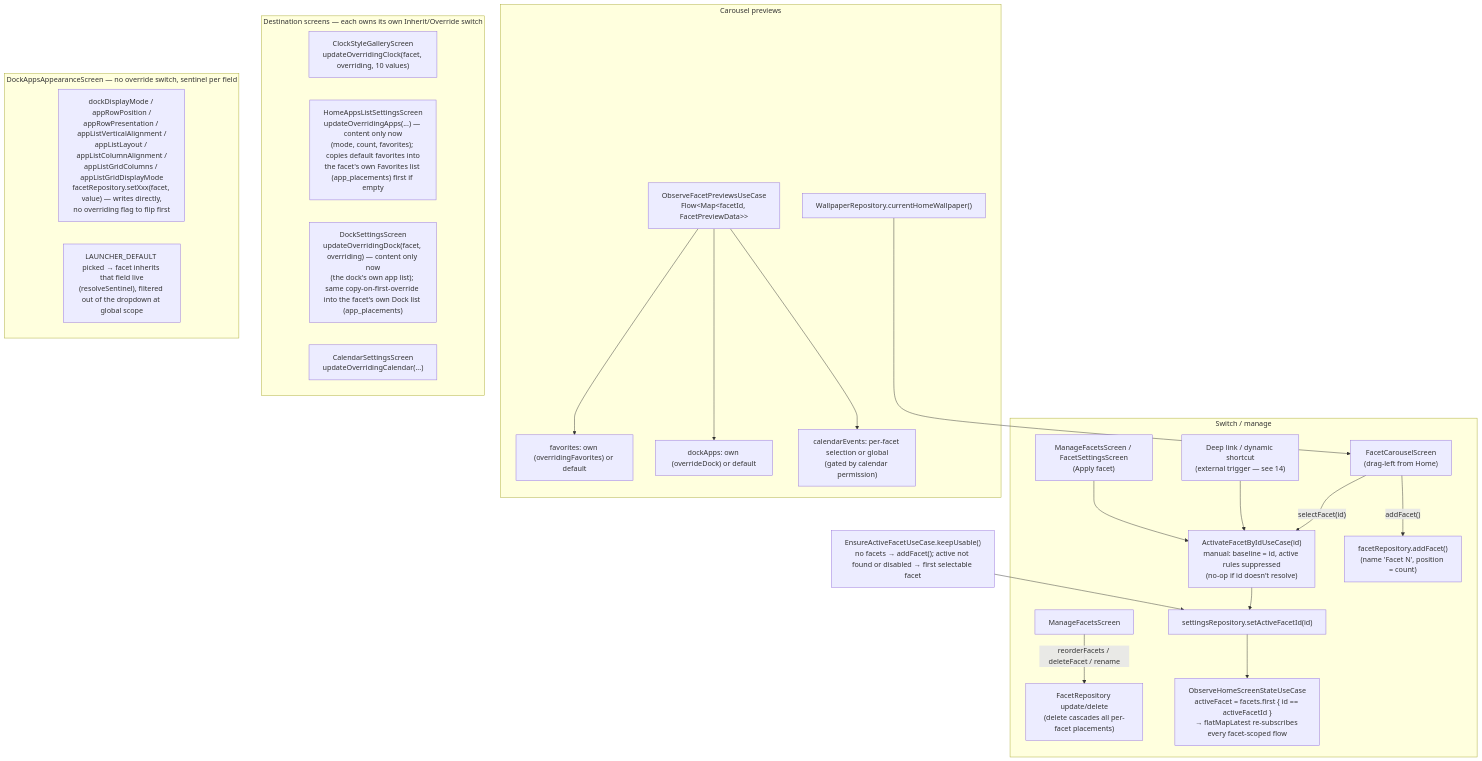
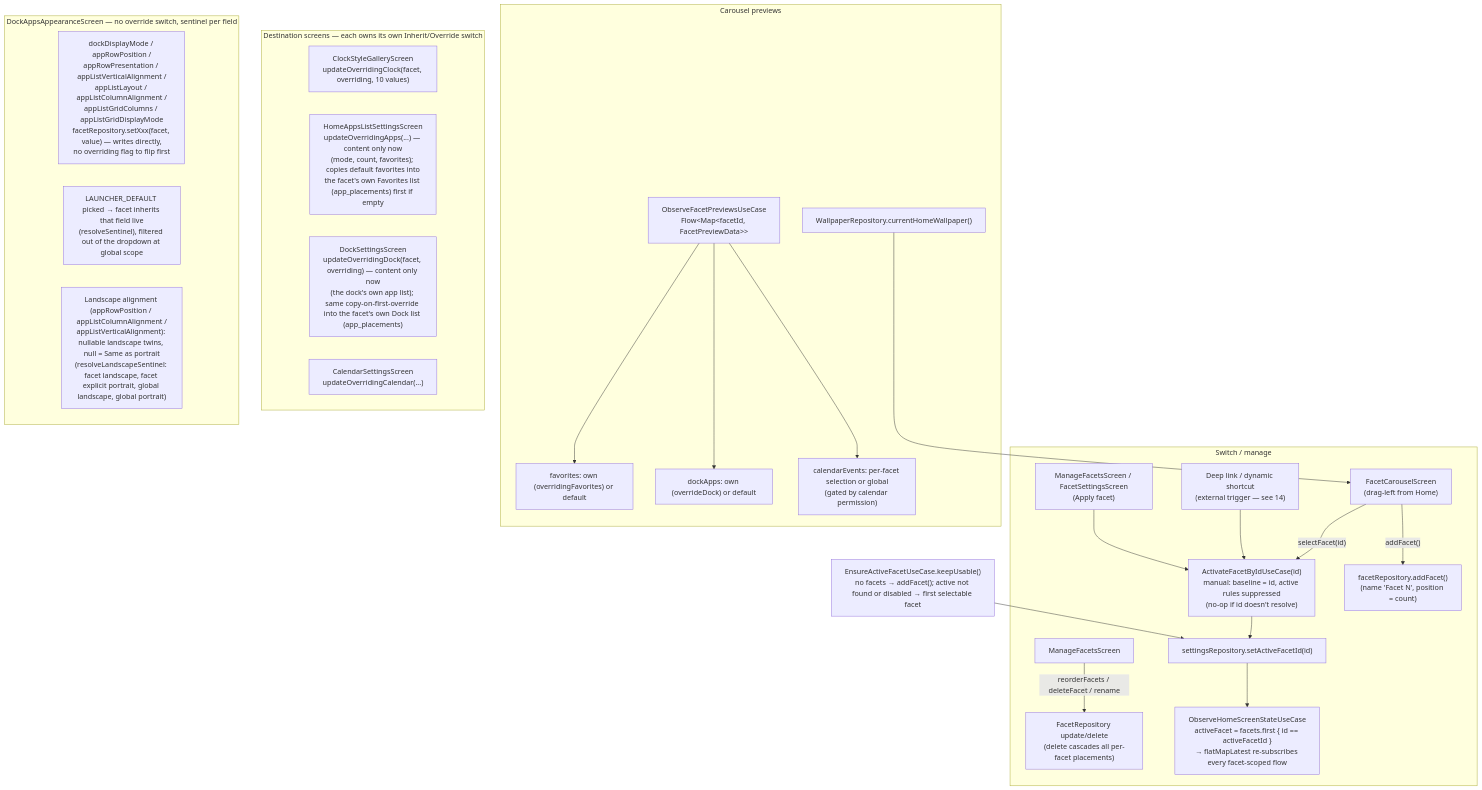
One commit to rohitganjam/facet-launcher changed the first of 5 diagrams in docs/architecture/13-flow-facets-theme-notifications-onboarding.md. Above: the diagram before and after it, drawn with Mermaid. The commit also changed other lines of this file and 27 other files, not shown here.

First line of the commit message:
Landscape keeps its own app list alignment

````diff
--- a/docs/architecture/13-flow-facets-theme-notifications-onboarding.md
+++ b/docs/architecture/13-flow-facets-theme-notifications-onboarding.md
@@ -11,30 +11,31 @@
 ```mermaid
 flowchart TB
     subgraph SWITCH["Switch / manage"]
         CAR["FacetCarouselScreen\n(drag-left from Home)"] -- "selectFacet(id)" --> UC["ActivateFacetByIdUseCase(id)\nmanual: baseline = id, active rules suppressed\n(no-op if id doesn't resolve)"]
         EXT["Deep link / dynamic shortcut\n(external trigger — see 14)"] --> UC
         MANA["ManageFacetsScreen / FacetSettingsScreen\n(Apply facet)"] --> UC
         UC --> S1["settingsRepository.setActiveFacetId(id)"]
         CAR -- "addFacet()" --> S2["facetRepository.addFacet()\n(name 'Facet N', position = count)"]
         MAN["ManageFacetsScreen"] -- "reorderFacets / deleteFacet / rename" --> S3["FacetRepository update/delete\n(delete cascades all per-facet placements)"]
         S1 --> HOME["ObserveHomeScreenStateUseCase\nactiveFacet = facets.first { id == activeFacetId }\n→ flatMapLatest re-subscribes every facet-scoped flow"]
     end
     subgraph PREVIEW["Carousel previews"]
         OFP["ObserveFacetPreviewsUseCase\nFlow&lt;Map&lt;facetId, FacetPreviewData&gt;&gt;"]
         OFP --> P1["favorites: own (overridingFavorites) or default"]
         OFP --> P2["dockApps: own (overrideDock) or default"]
         OFP --> P3["calendarEvents: per-facet selection or global\n(gated by calendar permission)"]
         WP["WallpaperRepository.currentHomeWallpaper()"] --> CAR
     end
     subgraph OVERRIDE["Destination screens — each owns its own Inherit/Override switch"]
         C1["ClockStyleGalleryScreen\nupdateOverridingClock(facet, overriding, 10 values)"]
         C2["HomeAppsListSettingsScreen\nupdateOverridingApps(...) — content only now\n(mode, count, favorites); copies default favorites into\nthe facet's own Favorites list (app_placements) first if empty"]
         C3["DockSettingsScreen\nupdateOverridingDock(facet, overriding) — content only now\n(the dock's own app list); same copy-on-first-override into the facet's own Dock list (app_placements)"]
         C4["CalendarSettingsScreen\nupdateOverridingCalendar(...)"]
     end
     subgraph LOOK["DockAppsAppearanceScreen — no override switch, sentinel per field"]
         A1["dockDisplayMode / appRowPosition /\nappRowPresentation / appListVerticalAlignment /\nappListLayout / appListColumnAlignment /\nappListGridColumns / appListGridDisplayMode\nfacetRepository.setXxx(facet, value) — writes directly,\nno overriding flag to flip first"]
         A2["LAUNCHER_DEFAULT picked → facet inherits that field live\n(resolveSentinel), filtered out of the dropdown at global scope"]
+        A3["Landscape alignment (appRowPosition / appListColumnAlignment /\nappListVerticalAlignment): nullable landscape twins, null = Same as portrait\n(resolveLandscapeSentinel: facet landscape, facet explicit portrait, global landscape, global portrait)"]
     end
     EAF["EnsureActiveFacetUseCase.keepUsable()\nno facets → addFacet(); active not found or disabled → first selectable facet"] --> S1
 ```
````
